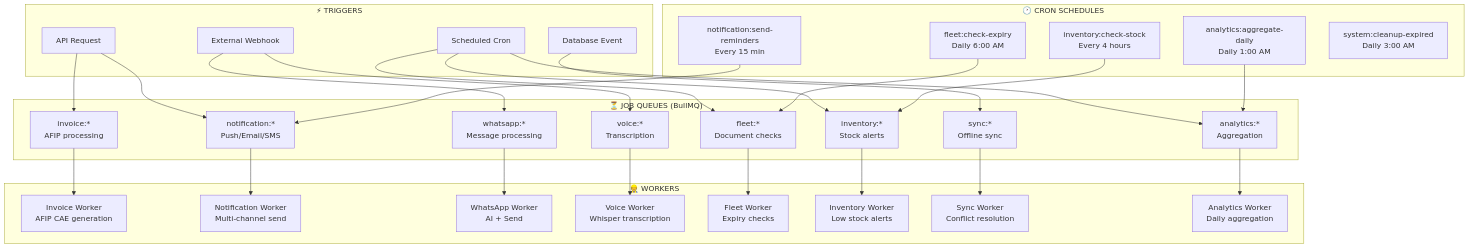
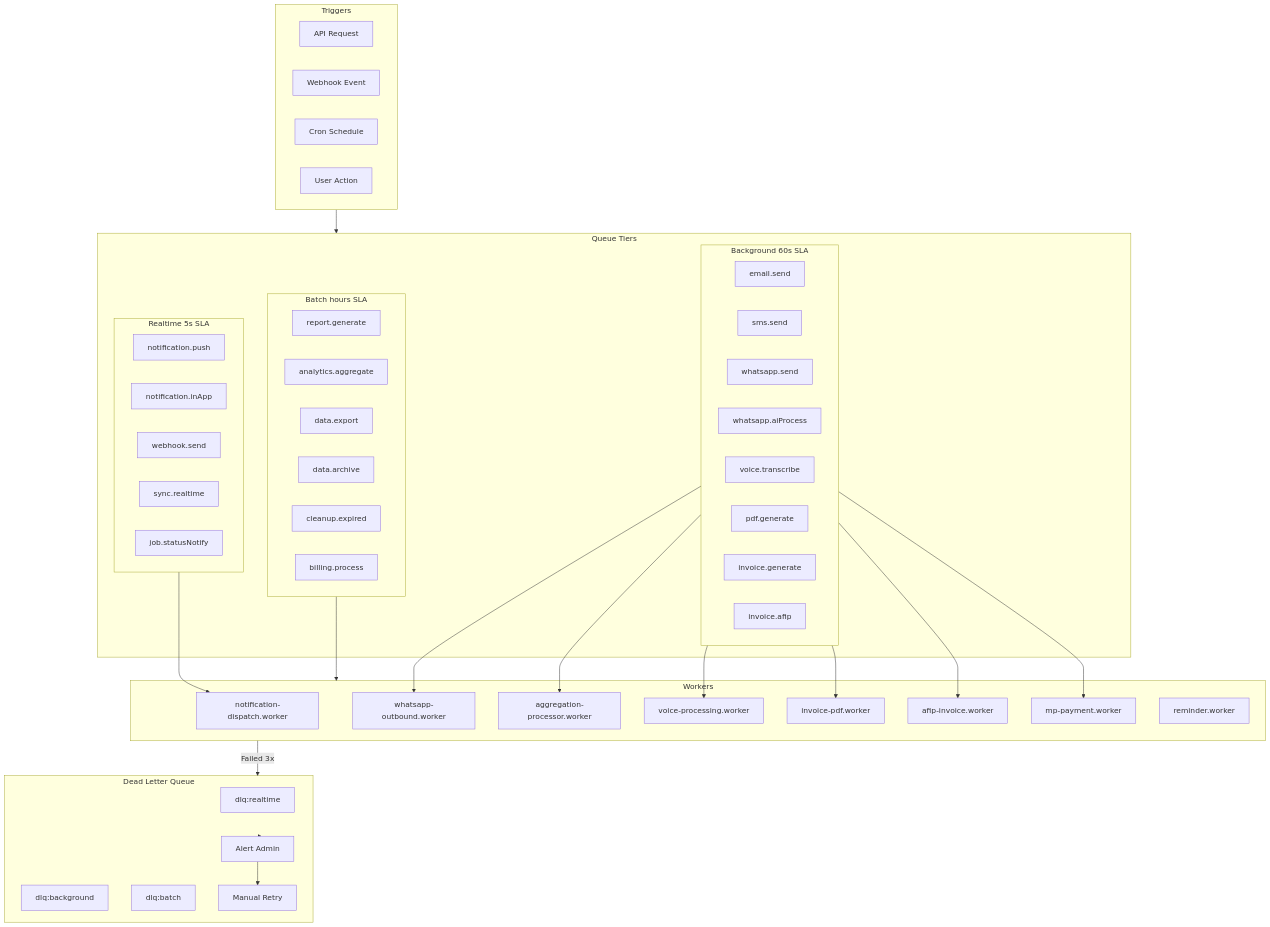
One commit to leftonspace/CampoTech changed the eighth of 9 diagrams in architecture/campotech-complete-system-architecture.md. Above: the diagram before and after it, drawn with Mermaid. The commit also changed other lines of this file, not shown here.

First line of the commit message:
docs: complete CampoTech system architecture documentation

````diff
--- a/architecture/campotech-complete-system-architecture.md
+++ b/architecture/campotech-complete-system-architecture.md
@@ -998,65 +809,65 @@
 ```mermaid
 flowchart TB
-    subgraph QUEUES["⏳ JOB QUEUES (BullMQ)"]
-        Q_INVOICE["invoice:*<br/>AFIP processing"]
-        Q_NOTIFY["notification:*<br/>Push/Email/SMS"]
-        Q_WA["whatsapp:*<br/>Message processing"]
-        Q_VOICE["voice:*<br/>Transcription"]
-        Q_FLEET["fleet:*<br/>Document checks"]
-        Q_INV["inventory:*<br/>Stock alerts"]
-        Q_SYNC["sync:*<br/>Offline sync"]
-        Q_ANALYTICS["analytics:*<br/>Aggregation"]
+    subgraph Triggers ["Triggers"]
+        API_REQ["API Request"]
+        WH_EVT["Webhook Event"]
+        CRON["Cron Schedule"]
+        USER["User Action"]
     end
 
-    subgraph TRIGGERS["⚡ TRIGGERS"]
-        TRIG_API["API Request"]
-        TRIG_WEBHOOK["External Webhook"]
-        TRIG_CRON["Scheduled Cron"]
-        TRIG_EVENT["Database Event"]
+    subgraph Queues ["Queue Tiers"]
+        subgraph RT ["Realtime 5s SLA"]
+            RT_PUSH["notification.push"]
+            RT_INAPP["notification.inApp"]
+            RT_WH["webhook.send"]
+            RT_SYNC["sync.realtime"]
+            RT_JOB["job.statusNotify"]
+        end
+
+        subgraph BG ["Background 60s SLA"]
+            BG_EMAIL["email.send"]
+            BG_SMS["sms.send"]
+            BG_WA["whatsapp.send"]
+            BG_WA_AI["whatsapp.aiProcess"]
+            BG_VOICE["voice.transcribe"]
+            BG_PDF["pdf.generate"]
+            BG_INV["invoice.generate"]
+            BG_AFIP["invoice.afip"]
+        end
+
+        subgraph BATCH ["Batch hours SLA"]
+            BA_REPORT["report.generate"]
+            BA_ANAL["analytics.aggregate"]
+            BA_EXPORT["data.export"]
+            BA_ARCHIVE["data.archive"]
+            BA_CLEANUP["cleanup.expired"]
+            BA_BILLING["billing.process"]
+        end
     end
 
-    subgraph WORKERS["👷 WORKERS"]
-        W_INV["Invoice Worker<br/>AFIP CAE generation"]
-        W_NOT["Notification Worker<br/>Multi-channel send"]
-        W_WA["WhatsApp Worker<br/>AI + Send"]
-        W_VOI["Voice Worker<br/>Whisper transcription"]
-        W_FLE["Fleet Worker<br/>Expiry checks"]
-        W_STO["Inventory Worker<br/>Low stock alerts"]
-        W_SYN["Sync Worker<br/>Conflict resolution"]
-        W_ANA["Analytics Worker<br/>Daily aggregation"]
+    subgraph Workers ["Workers"]
+        W_NOTIF["notification-dispatch.worker"]
+        W_WA["whatsapp-outbound.worker"]
+        W_AGG["aggregation-processor.worker"]
+        W_VOICE["voice-processing.worker"]
+        W_INV["invoice-pdf.worker"]
+        W_AFIP["afip-invoice.worker"]
+        W_PAY["mp-payment.worker"]
+        W_REMIND["reminder.worker"]
     end
 
-    subgraph SCHEDULES["🕐 CRON SCHEDULES"]
-        CRON_FLEET["fleet:check-expiry<br/>Daily 6:00 AM"]
-        CRON_STOCK["inventory:check-stock<br/>Every 4 hours"]
-        CRON_REMIND["notification:send-reminders<br/>Every 15 min"]
-        CRON_ANALYTICS["analytics:aggregate-daily<br/>Daily 1:00 AM"]
-        CRON_CLEANUP["system:cleanup-expired<br/>Daily 3:00 AM"]
+    subgraph DLQ ["Dead Letter Queue"]
+        DLQ_RT["dlq:realtime"]
+        DLQ_BG["dlq:background"]
+        DLQ_BATCH["dlq:batch"]
+        ALERT["Alert Admin"]
+        RETRY_MAN["Manual Retry"]
     end
 
-    %% Triggers to Queues
-    TRIG_API --> Q_INVOICE
-    TRIG_API --> Q_NOTIFY
-    TRIG_WEBHOOK --> Q_WA
-    TRIG_WEBHOOK --> Q_VOICE
-    TRIG_CRON --> Q_FLEET
-    TRIG_CRON --> Q_INV
-    TRIG_CRON --> Q_ANALYTICS
-    TRIG_EVENT --> Q_SYNC
+    Triggers --> Queues
+    RT --> W_NOTIF
+    BG --> W_WA & W_AGG & W_VOICE & W_INV & W_AFIP & W_PAY
+    BATCH --> Workers
 
-    %% Queues to Workers
-    Q_INVOICE --> W_INV
-    Q_NOTIFY --> W_NOT
-    Q_WA --> W_WA
-    Q_VOICE --> W_VOI
-    Q_FLEET --> W_FLE
-    Q_INV --> W_STO
-    Q_SYNC --> W_SYN
-    Q_ANALYTICS --> W_ANA
-
-    %% Cron scheduling
-    CRON_FLEET --> Q_FLEET
-    CRON_STOCK --> Q_INV
-    CRON_REMIND --> Q_NOTIFY
-    CRON_ANALYTICS --> Q_ANALYTICS
+    Workers -->|Failed 3x| DLQ --> ALERT --> RETRY_MAN
 ```
````
